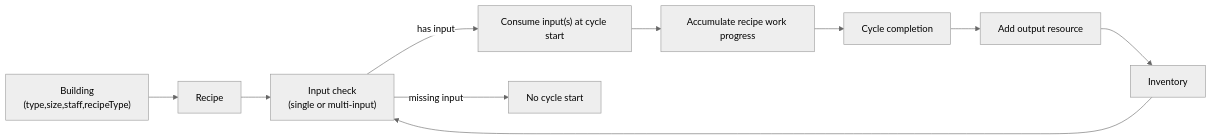
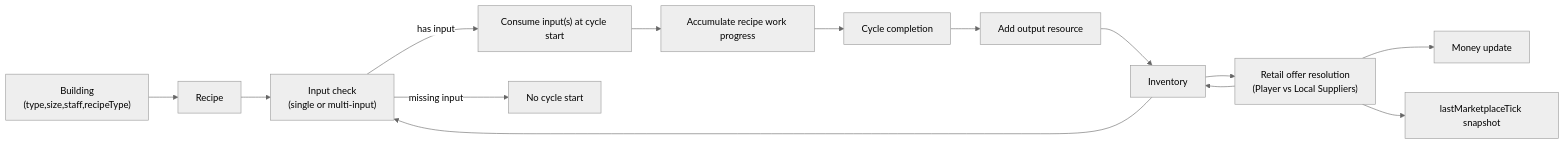
One commit to gram12321/protoproduction changed the first of 14 diagrams in docs/VariableRelationshipMap.md. Above: the diagram before and after it, drawn with Mermaid (neutral theme). The commit also changed other lines of this file and 5 other files, not shown here.

````diff
--- a/docs/VariableRelationshipMap.md
+++ b/docs/VariableRelationshipMap.md
@@ -51,12 +59,16 @@
 ```mermaid
 flowchart LR
   BLD["Building\n(type,size,staff,recipeType)"] --> RCP["Recipe"]
   INV["Inventory"] --> INCHK["Input check\n(single or multi-input)"]
   RCP --> INCHK
   INCHK -->|has input| START["Consume input(s) at cycle start"]
   INCHK -->|missing input| BLOCK["No cycle start"]
   START --> WORK["Accumulate recipe work progress"]
   WORK --> DONE["Cycle completion"]
   DONE --> OUT["Add output resource"]
   OUT --> INV
+  INV --> RETAIL["Retail offer resolution\n(Player vs Local Suppliers)"]
+  RETAIL --> INV
+  RETAIL --> MONEY["Money update"]
+  RETAIL --> SNAP["lastMarketplaceTick snapshot"]
 ```
````
